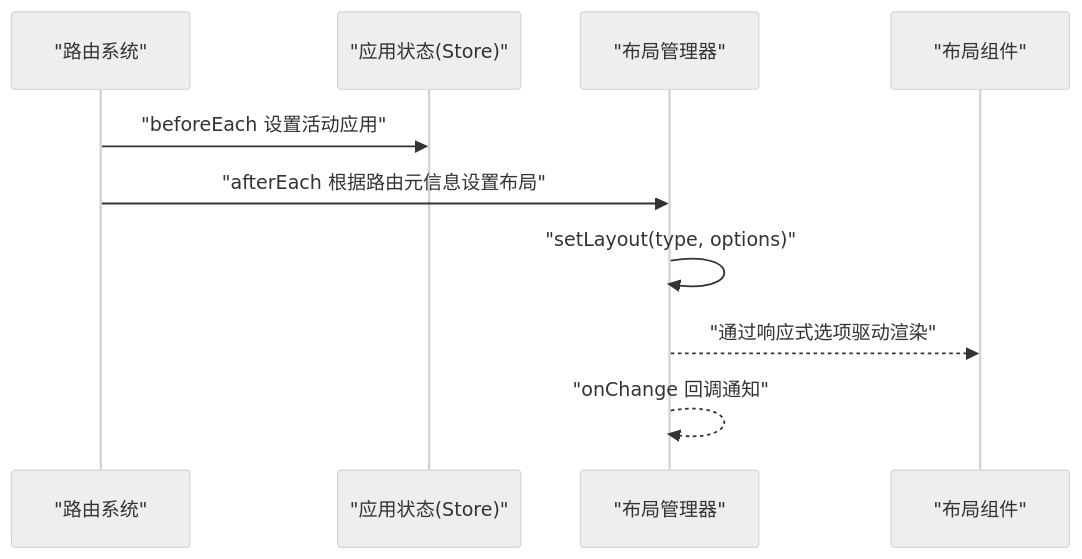
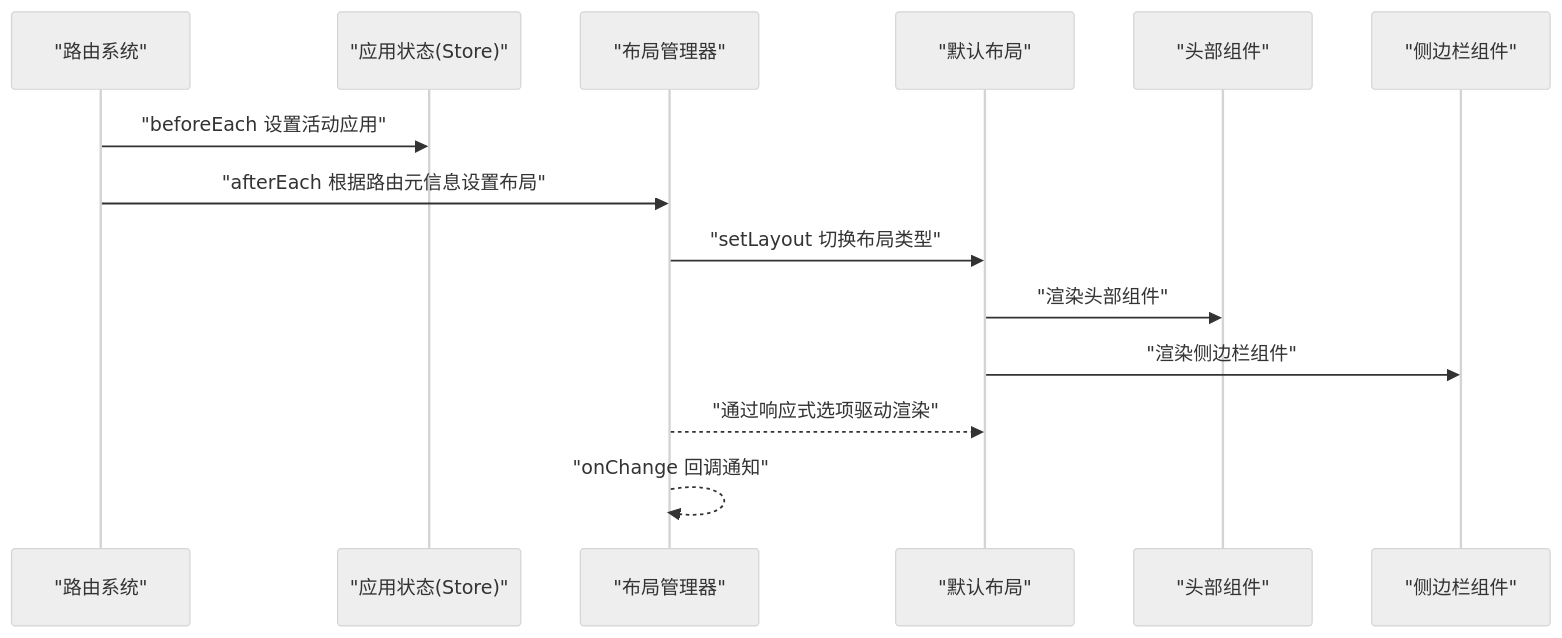
The second of 7 diagrams in .qoder/repowiki/zh/content/架构设计/布局架构.md (my-Sitara/artisan-base-frontend), drawn with Mermaid (neutral theme) before and after one commit. The commit also changed other lines of this file and 25 other files, not shown here.

````diff
--- a/.qoder/repowiki/zh/content/架构设计/布局架构.md
+++ b/.qoder/repowiki/zh/content/架构设计/布局架构.md
@@ -105,12 +120,16 @@
 ```mermaid
 sequenceDiagram
 participant R as "路由系统"
 participant S as "应用状态(Store)"
 participant M as "布局管理器"
-participant L as "布局组件"
+participant D as "默认布局"
+participant H as "头部组件"
+participant Sd as "侧边栏组件"
 R->>S : "beforeEach 设置活动应用"
 R->>M : "afterEach 根据路由元信息设置布局"
-M->>M : "setLayout(type, options)"
-M-->>L : "通过响应式选项驱动渲染"
+M->>D : "setLayout 切换布局类型"
+D->>H : "渲染头部组件"
+D->>Sd : "渲染侧边栏组件"
+M-->>D : "通过响应式选项驱动渲染"
 M-->>M : "onChange 回调通知"
 ```
````
